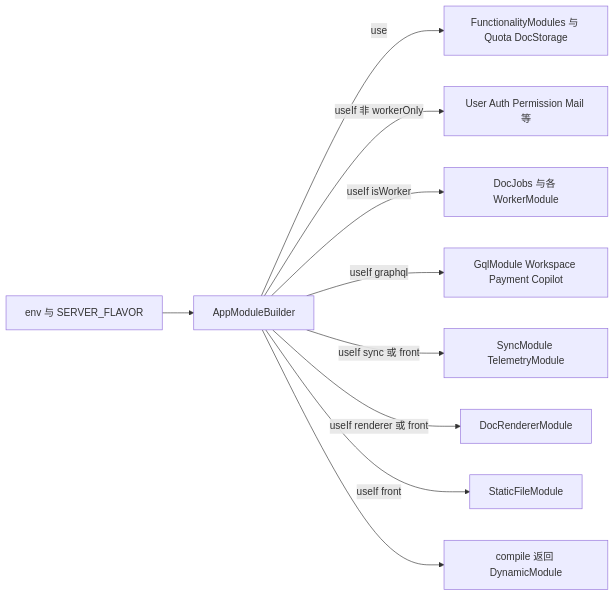
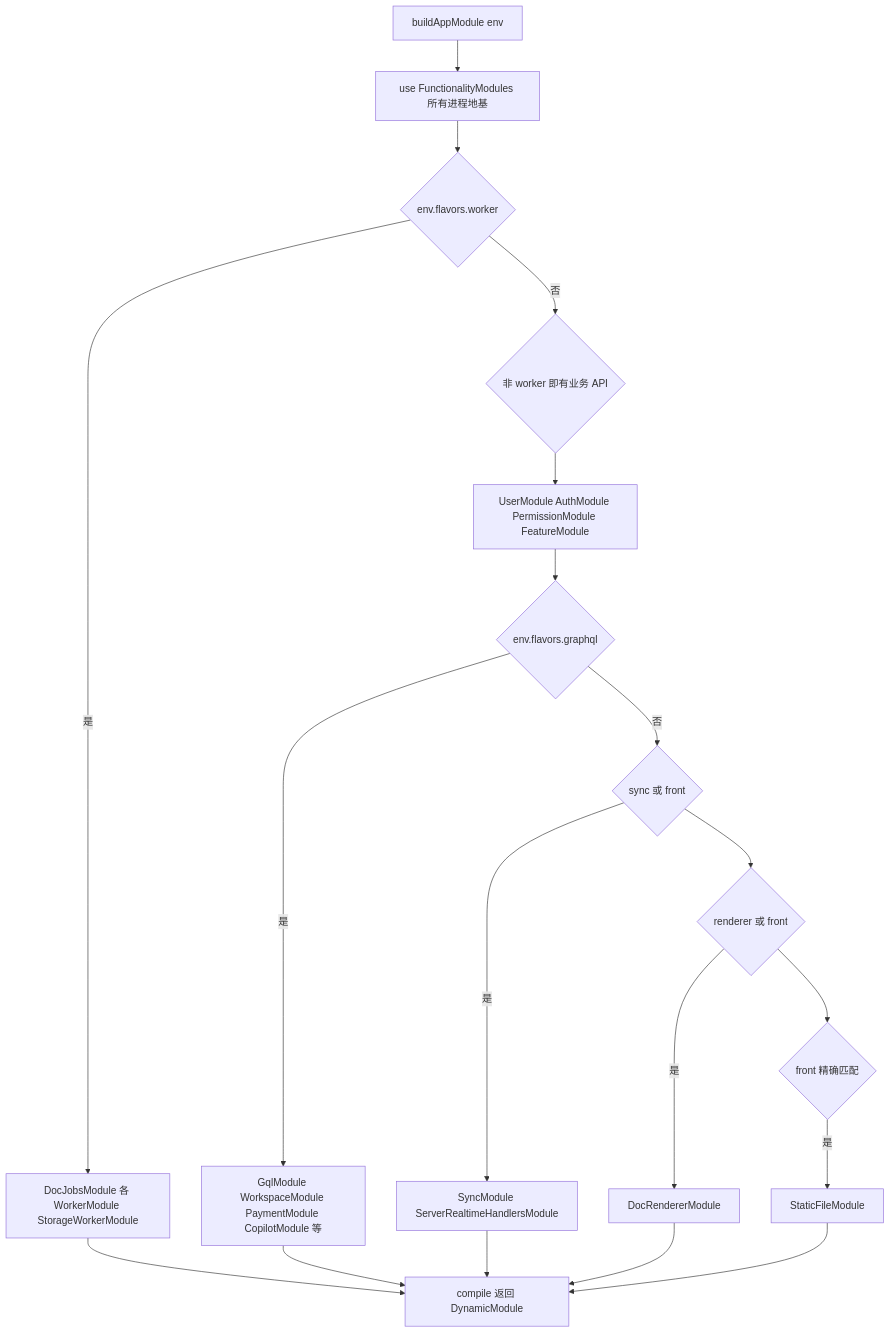
Before and after one commit to lfire/AFFiNE: the fourth of 6 diagrams in learning-guide/slides/decks/21.md, drawn with Mermaid. The commit also changed other lines of this file and 46 other files, not shown here.

````diff
--- a/learning-guide/slides/decks/21.md
+++ b/learning-guide/slides/decks/21.md
@@ -223,12 +246,21 @@
 ```mermaid
-flowchart LR
-    ENV["env 与 SERVER_FLAVOR"] --> B["AppModuleBuilder"]
-    B -->|use| FM["FunctionalityModules 与 Quota DocStorage"]
-    B -->|useIf 非 workerOnly| CORE["User Auth Permission Mail 等"]
-    B -->|useIf isWorker| WK["DocJobs 与各 WorkerModule"]
-    B -->|useIf graphql| GQL["GqlModule Workspace Payment Copilot"]
-    B -->|useIf sync 或 front| SYNC["SyncModule TelemetryModule"]
-    B -->|useIf renderer 或 front| R["DocRendererModule"]
-    B -->|useIf front| ST["StaticFileModule"]
-    B --> C["compile 返回 DynamicModule"]
+flowchart TD
+  START["buildAppModule env"] --> F["use FunctionalityModules 所有进程地基"]
+  F --> Q0{"env.flavors.worker"}
+  Q0 -- 是 --> W["DocJobsModule 各 WorkerModule StorageWorkerModule"]
+  Q0 -- 否 --> Q1{"非 worker 即有业务 API"}
+  Q1 --> U["UserModule AuthModule PermissionModule FeatureModule"]
+  U --> Q2{"env.flavors.graphql"}
+  Q2 -- 是 --> G["GqlModule WorkspaceModule PaymentModule CopilotModule 等"]
+  Q2 -- 否 --> Q3{"sync 或 front"}
+  Q3 -- 是 --> R["SyncModule ServerRealtimeHandlersModule"]
+  Q3 --> Q4{"renderer 或 front"}
+  Q4 -- 是 --> D["DocRendererModule"]
+  Q4 --> Q5{"front 精确匹配"}
+  Q5 -- 是 --> ST["StaticFileModule"]
+  W --> C["compile 返回 DynamicModule"]
+  G --> C
+  R --> C
+  D --> C
+  ST --> C
 ```
````
